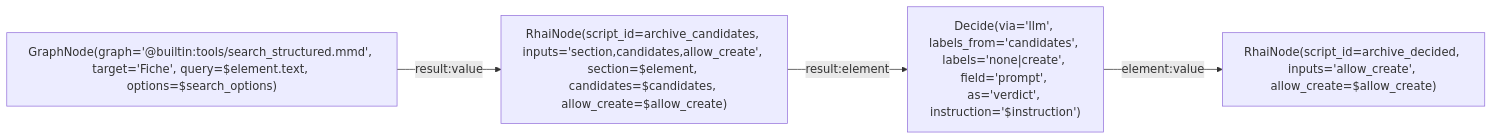
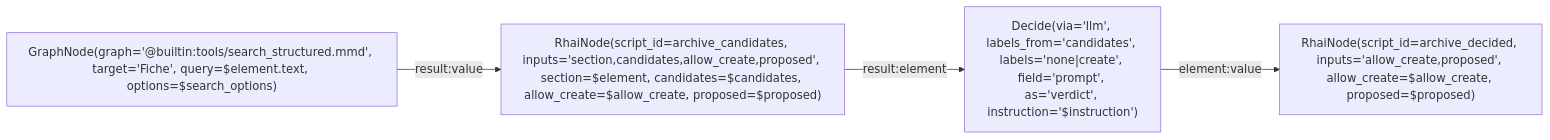
The diagram in extension/rag3weaver/templates/backends/memory/graphs/archive_decide.mmd (L-Defraiteur/rag3db), drawn with Mermaid before and after one commit. The commit also changed 6 other files, not shown here.

```diff
--- a/extension/rag3weaver/templates/backends/memory/graphs/archive_decide.mmd
+++ b/extension/rag3weaver/templates/backends/memory/graphs/archive_decide.mmd
@@ -1,18 +1,19 @@
 %% tool: archive_decide
 %% description: Une section (l'élément) : les fiches candidates par la recherche, puis la décision fermée du modèle (une candidate, none, create), rendue comme l'élément des écritures (kind, fiche, records, liens, provenance). Appelé une fois par section par le ForEachNode de archive.
 %% Les étiquettes candidate_N sont résolues par archive_decided vers les noms exacts ; les noms et descriptions restent dans le prompt.
 %% param: element json! -- La section : {title, level, text, anchor, index, chemin, titre, origine}.
 %% param: candidates int = 5 -- Fiches candidates gardées.
 %% param: allow_create bool = false -- create permis (éteint par défaut, comme archive).
 %% param: instruction string! -- Ce que l'étiquette veut dire, pour le modèle ; sans apostrophe droite (substituée entre apostrophes dans la configuration du Decide ; la typographique ’ passe).
 %% param: search_options json! -- Les options de la recherche de candidates (limit…).
+%% param: proposed json = [] -- Les fiches proposées par les sections précédentes du même document ({name, about, state, via}), portées par le ForEachNode d'archive (carry) : elles ne sont pas encore cherchables, la transaction de l'outil ne les a pas validées.
 %% result: decided.result
 
 graph LR
     recall["GraphNode(graph='@builtin:tools/search_structured.mmd', target='Fiche', query=$element.text, options=$search_options)"]
-    prepare["RhaiNode(script_id=archive_candidates, inputs='section,candidates,allow_create', section=$element, candidates=$candidates, allow_create=$allow_create)"]
+    prepare["RhaiNode(script_id=archive_candidates, inputs='section,candidates,allow_create,proposed', section=$element, candidates=$candidates, allow_create=$allow_create, proposed=$proposed)"]
     decide["Decide(via='llm', labels_from='candidates', labels='none|create', field='prompt', as='verdict', instruction='$instruction')"]
-    decided["RhaiNode(script_id=archive_decided, inputs='allow_create', allow_create=$allow_create)"]
+    decided["RhaiNode(script_id=archive_decided, inputs='allow_create,proposed', allow_create=$allow_create, proposed=$proposed)"]
     recall -->|result:value| prepare
     prepare -->|result:element| decide
     decide -->|element:value| decided
```
